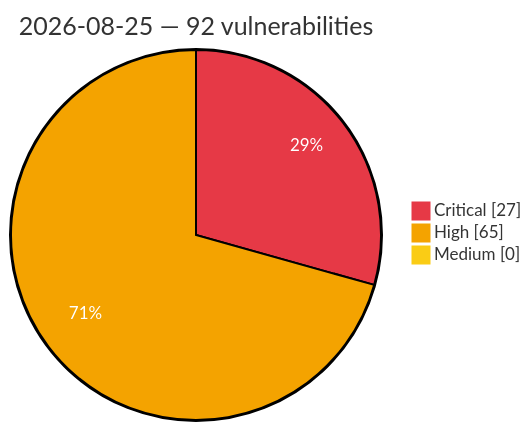
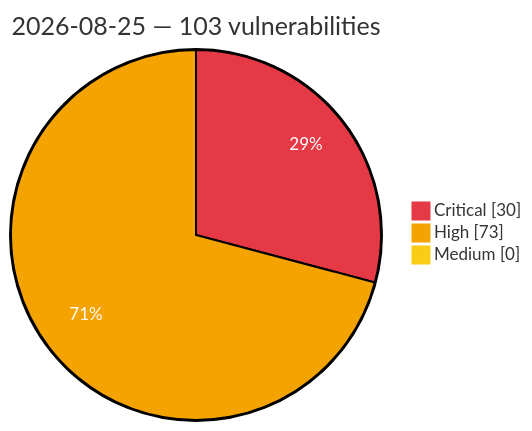
Before and after one commit to GhostX0X/vuln-tracker: the diagram in vulnerabilities/2026/August/2026-08-25.md, drawn with Mermaid. The commit also changed other lines of this file and 5 other files, not shown here.

Commit message:
Auto update: critical/high vulns (2026-08-25 17:59 UTC)

````diff
--- a/vulnerabilities/2026/August/2026-08-25.md
+++ b/vulnerabilities/2026/August/2026-08-25.md
@@ -3,8 +3,8 @@
 ```mermaid
 %%{init: {'theme':'base', 'themeVariables': {'pie1':'#e63946', 'pie2':'#f4a300', 'pie3':'#facc15', 'pieOpacity':'1', 'pieOuterStrokeWidth':'2px', 'pieSectionTextColor':'#ffffff'}}}%%
 pie showData
-    title 2026-08-25 — 92 vulnerabilities
-    "Critical" : 27
-    "High" : 65
+    title 2026-08-25 — 103 vulnerabilities
+    "Critical" : 30
+    "High" : 73
     "Medium" : 0
 ```
````
